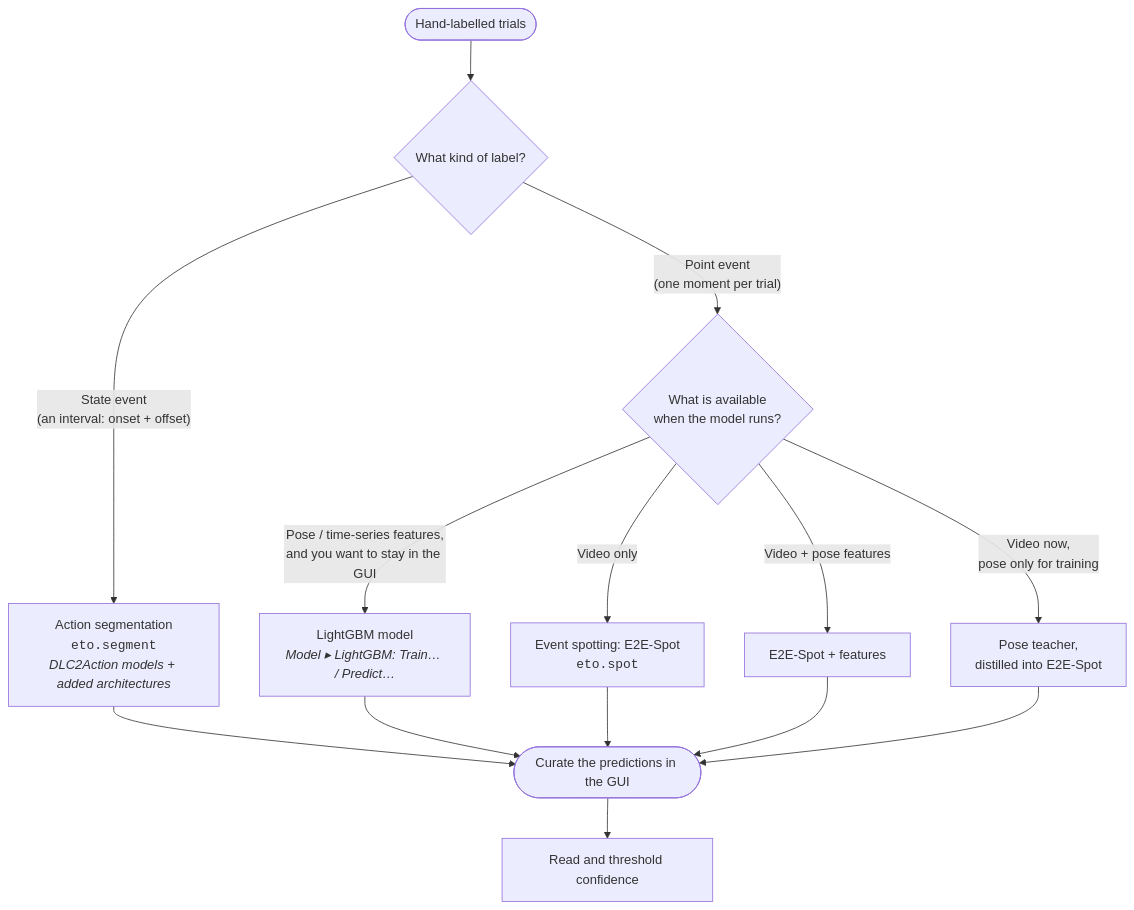
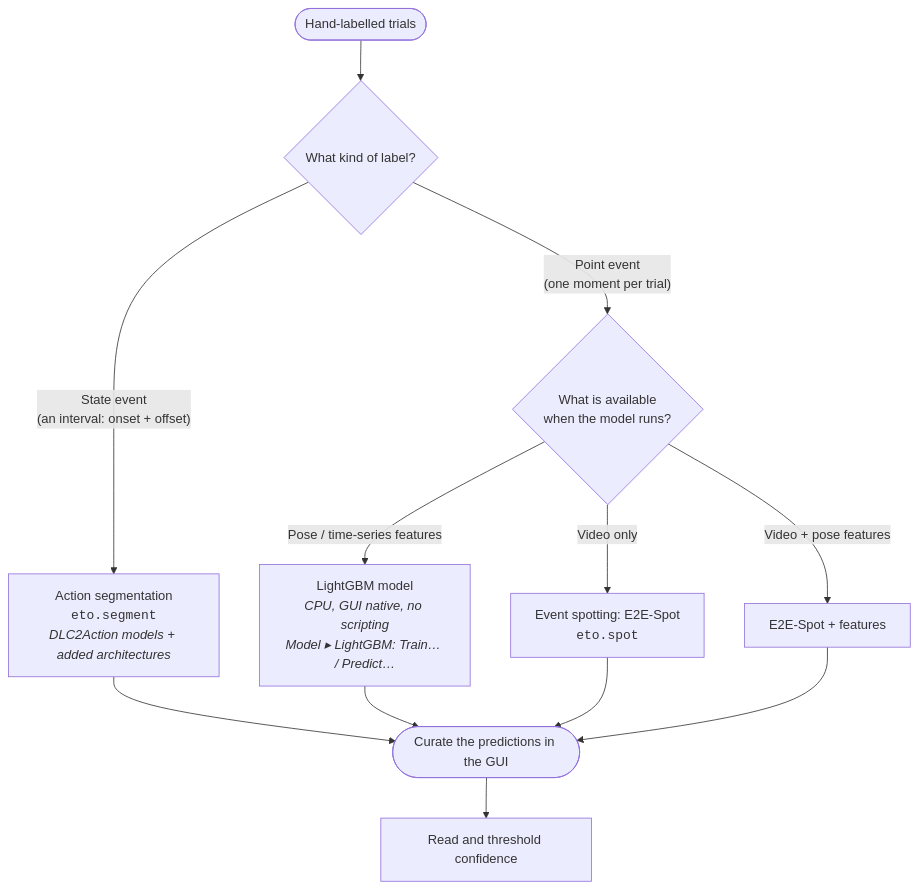
One commit to Akseli-Ilmanen/ethograph changed the diagram in docs/source/models/index.md. Above: the diagram before and after it, drawn with Mermaid. The commit also changed other lines of this file and 26 other files, not shown here.

````diff
--- a/docs/source/models/index.md
+++ b/docs/source/models/index.md
@@ -8,27 +8,24 @@
 ```{mermaid}
 flowchart TD
     start([Hand-labelled trials]) --> shape{What kind of label?}
 
     shape -->|"State event<br/>(an interval: onset + offset)"| segment[Action segmentation<br/><code>eto.segment</code><br/><i>DLC2Action models + added architectures</i>]
     shape -->|"Point event<br/>(one moment per trial)"| inference{What is available<br/>when the model runs?}
 
-    inference -->|"Pose / time-series features,<br/>and you want to stay in the GUI"| lgbm[LightGBM model<br/><i>Model ▸ LightGBM: Train… / Predict…</i>]
+    inference -->|"Pose / time-series features"| lgbm[LightGBM model<br/><i>CPU, GUI native, no scripting</i><br/><i>Model ▸ LightGBM: Train… / Predict…</i>]
     inference -->|Video only| spot[Event spotting: E2E-Spot<br/><code>eto.spot</code>]
     inference -->|Video + pose features| spotfeat[E2E-Spot + features]
-    inference -->|"Video now,<br/>pose only for training"| distil[Pose teacher,<br/>distilled into E2E-Spot]
 
     segment --> curate
     lgbm --> curate
     spot --> curate
     spotfeat --> curate
-    distil --> curate
     curate([Curate the predictions in the GUI]) --> conf[Read and threshold confidence]
 
     click segment "segment/index.html"
     click lgbm "onset_model.html"
     click spot "spot/index.html"
     click spotfeat "spot/multimodal.html"
-    click distil "spot/multimodal.html"
     click curate "curation.html"
     click conf "confidence.html"
 ```
````
